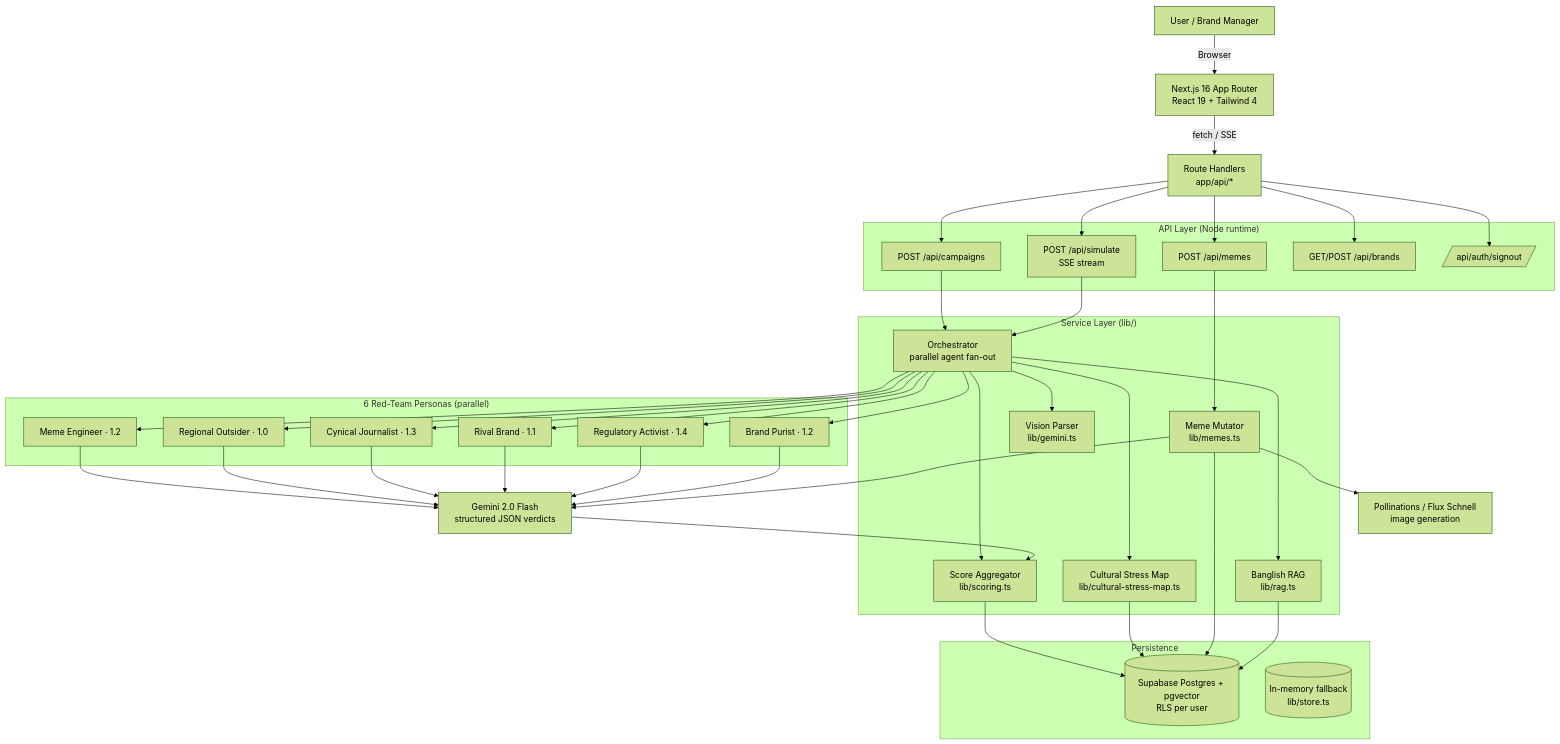
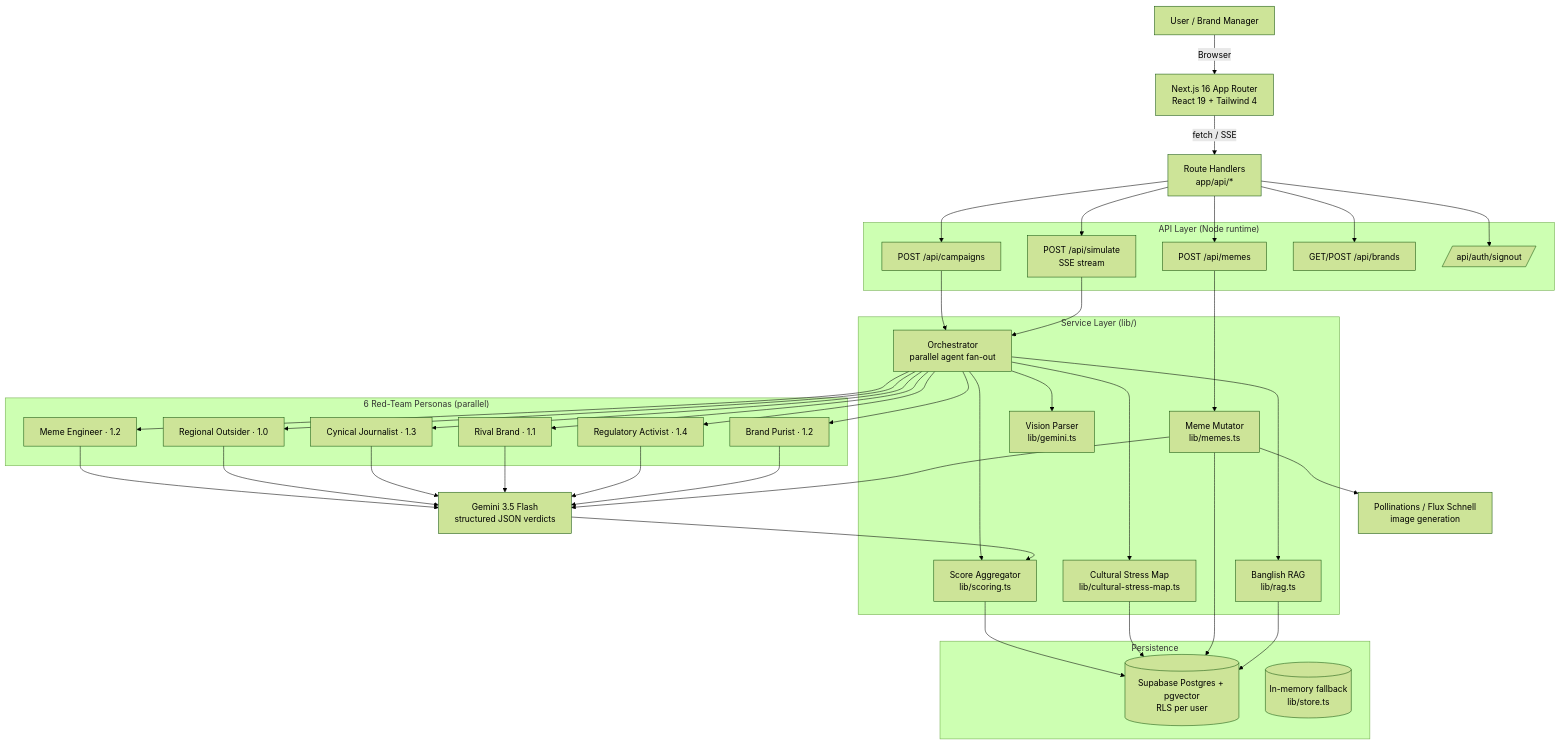
One commit to adibqt/BackfireOS changed the first of 2 diagrams in README.md. Above: the diagram before and after it, drawn with Mermaid (forest theme). The commit also changed other lines of this file, not shown here.

````diff
--- a/README.md
+++ b/README.md
@@ -69,62 +69,62 @@
 ```mermaid
 flowchart TD
     U[User / Brand Manager] -->|Browser| UI[Next.js 16 App Router<br/>React 19 + Tailwind 4]
 
     UI -->|fetch / SSE| API[Route Handlers<br/>app/api/*]
 
     subgraph API_Layer["API Layer (Node runtime)"]
         C[POST /api/campaigns]
         S[POST /api/simulate<br/>SSE stream]
         M[POST /api/memes]
         B[GET/POST /api/brands]
         A[/api/auth/signout/]
     end
 
     API --> C & S & M & B & A
 
     C --> ORCH
     S --> ORCH
     M --> MEME
 
     subgraph Services["Service Layer (lib/)"]
         ORCH[Orchestrator<br/>parallel agent fan-out]
         RAG[Banglish RAG<br/>lib/rag.ts]
         VIS[Vision Parser<br/>lib/gemini.ts]
         MEME[Meme Mutator<br/>lib/memes.ts]
         SCORE[Score Aggregator<br/>lib/scoring.ts]
         STRESS[Cultural Stress Map<br/>lib/cultural-stress-map.ts]
     end
 
     ORCH --> RAG
     ORCH --> VIS
     ORCH --> SCORE
     ORCH --> STRESS
 
     subgraph Agents["6 Red-Team Personas (parallel)"]
         A1[Meme Engineer · 1.2]
         A2[Regional Outsider · 1.0]
         A3[Cynical Journalist · 1.3]
         A4[Rival Brand · 1.1]
         A5[Regulatory Activist · 1.4]
         A6[Brand Purist · 1.2]
     end
 
     ORCH --> A1 & A2 & A3 & A4 & A5 & A6
 
-    A1 & A2 & A3 & A4 & A5 & A6 --> LLM[Gemini 2.0 Flash<br/>structured JSON verdicts]
+    A1 & A2 & A3 & A4 & A5 & A6 --> LLM[Gemini 3.5 Flash<br/>structured JSON verdicts]
 
     MEME --> LLM
     MEME --> IMG[Pollinations / Flux Schnell<br/>image generation]
 
     LLM --> SCORE
     SCORE --> DB
     STRESS --> DB
     MEME --> DB
 
     subgraph DB_Layer["Persistence"]
         DB[(Supabase Postgres + pgvector<br/>RLS per user)]
         STORE[(In-memory fallback<br/>lib/store.ts)]
     end
 
     RAG --> DB
 ```
````
